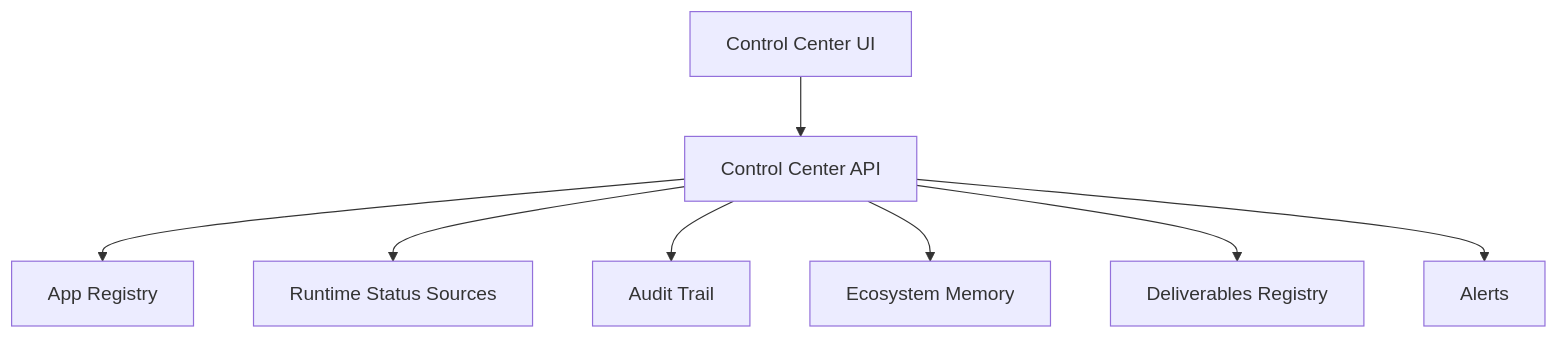
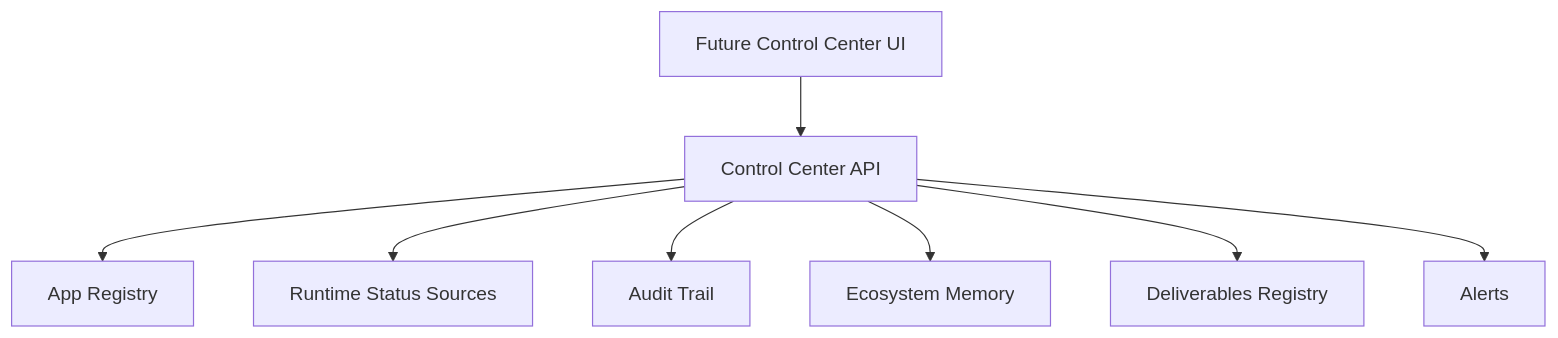
Before and after one commit to danielglezsolucionador-boop/ecosystem-foundation: the diagram in docs/ecosystem/execution/control-center/README.md, drawn with Mermaid. The commit also changed other lines of this file and 6 other files, not shown here.

Commit message:
feat: implement premium control center backbone

````diff
--- a/docs/ecosystem/execution/control-center/README.md
+++ b/docs/ecosystem/execution/control-center/README.md
@@ -26,10 +27,10 @@
 ```mermaid
 flowchart TB
-    UI["Control Center UI"] --> API["Control Center API"]
+    UI["Future Control Center UI"] --> API["Control Center API"]
     API --> Registry["App Registry"]
     API --> Runtime["Runtime Status Sources"]
     API --> Audit["Audit Trail"]
     API --> Memory["Ecosystem Memory"]
     API --> Deliverables["Deliverables Registry"]
     API --> Alerts["Alerts"]
 ```
````
